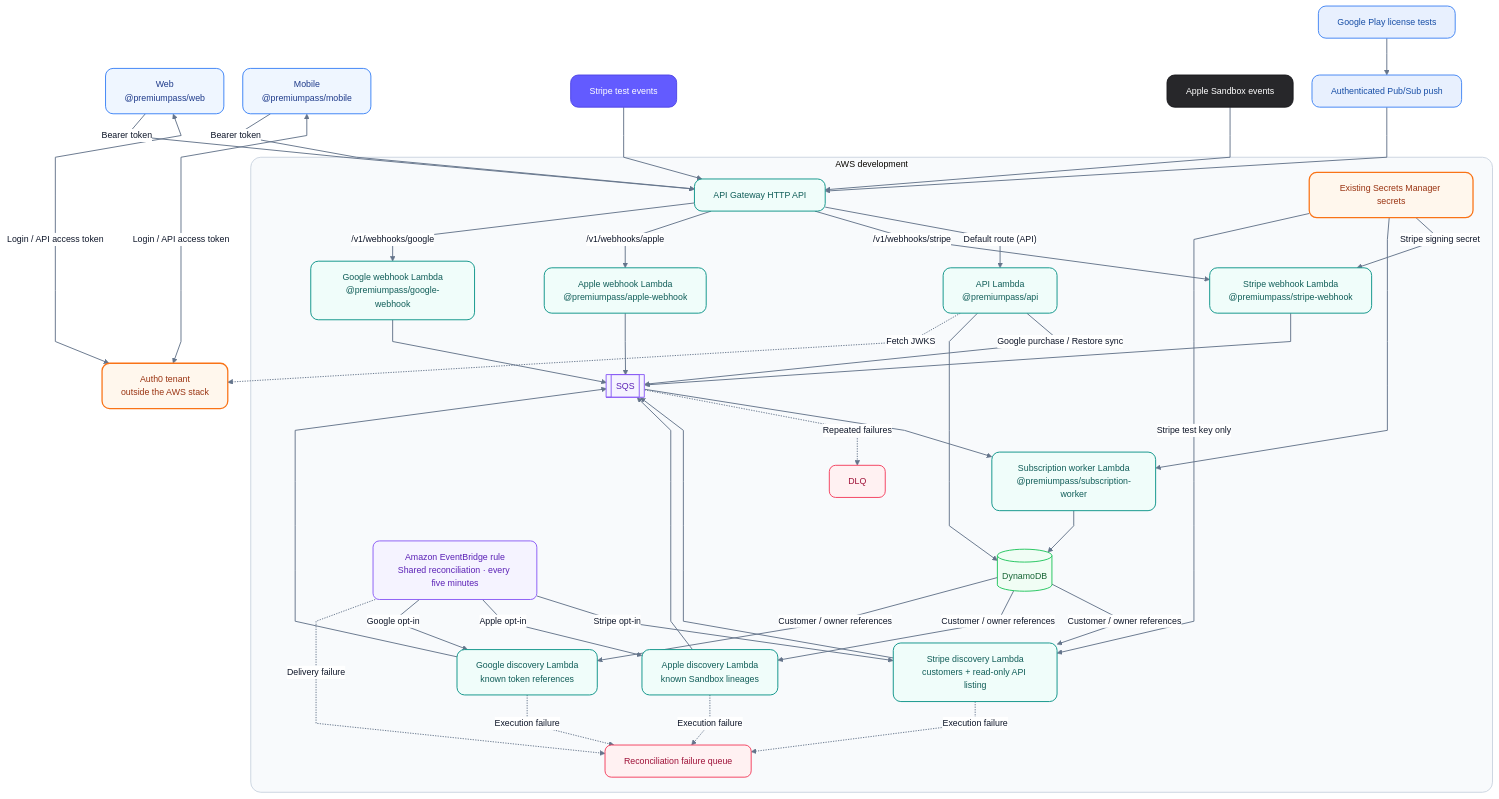
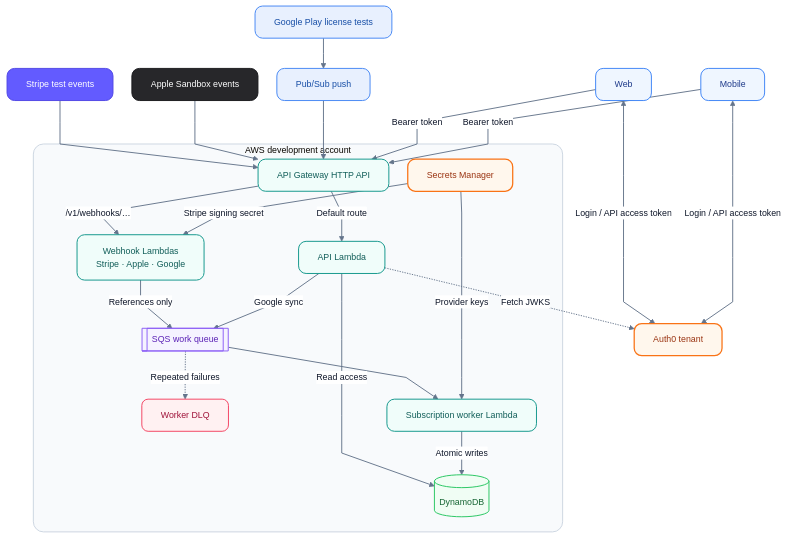
Before and after one commit to phillippbertram/subscription-consolidation-workshop: the third of 4 diagrams in docs/ARCHITECTURE.md, drawn with Mermaid. The commit also changed other lines of this file and 4 other files, not shown here.

````diff
--- a/docs/ARCHITECTURE.md
+++ b/docs/ARCHITECTURE.md
@@ -193,48 +199,32 @@
     rankSpacing: 48
 ---
 flowchart TB
-    Web["Web<br/>@premiumpass/web"] <-->|"Login / API access token"| Auth0["Auth0 tenant<br/>outside the AWS stack"]
-    Mobile["Mobile<br/>@premiumpass/mobile"] <-->|"Login / API access token"| Auth0
-    Web -->|"Bearer token"| Gateway
-    Mobile -->|"Bearer token"| Gateway
+    Web["Web"] <-->|"Login / API access token"| Auth0["Auth0 tenant"]
+    Mobile["Mobile"] <-->|"Login / API access token"| Auth0
     Stripe["Stripe test events"] --> Gateway
     Apple["Apple Sandbox events"] --> Gateway
-    Google["Google Play license tests"] --> PubSub["Authenticated Pub/Sub push"] --> Gateway
-    subgraph AWS["AWS development"]
+    Google["Google Play license tests"] --> PubSub["Pub/Sub push"] --> Gateway
+    Web & Mobile -->|"Bearer token"| Gateway
+    subgraph AWS["AWS development account"]
         Gateway["API Gateway HTTP API"]
-        API["API Lambda<br/>@premiumpass/api"]
-        StripeHook["Stripe webhook Lambda<br/>@premiumpass/stripe-webhook"]
-        AppleHook["Apple webhook Lambda<br/>@premiumpass/apple-webhook"]
-        GoogleHook["Google webhook Lambda<br/>@premiumpass/google-webhook"]
-        Queue[["SQS"]]
-        Worker["Subscription worker Lambda<br/>@premiumpass/subscription-worker"]
+        API["API Lambda"]
+        Hooks["Webhook Lambdas<br/>Stripe · Apple · Google"]
+        Queue[["SQS work queue"]]
+        DLQ["Worker DLQ"]
+        Worker["Subscription worker Lambda"]
         DB[("DynamoDB")]
-        DLQ["DLQ"]
-        Secrets["Existing Secrets Manager secrets"]
-        Gateway -->|"Default route (API)"| API
-        Gateway -->|"/v1/webhooks/stripe"| StripeHook
-        Gateway -->|"/v1/webhooks/apple"| AppleHook
-        Gateway -->|"/v1/webhooks/google"| GoogleHook
-        StripeHook --> Queue
-        AppleHook --> Queue
-        GoogleHook --> Queue
-        Queue --> Worker --> DB
-        API -->|"Google purchase / Restore sync"| Queue
-        API --> DB
-        Schedule["Amazon EventBridge rule<br/>Shared reconciliation · every five minutes"] -->|"Stripe opt-in"| StripeDiscovery["Stripe discovery Lambda<br/>customers + read-only API listing"]
-        Schedule -->|"Apple opt-in"| AppleDiscovery["Apple discovery Lambda<br/>known Sandbox lineages"]
-        Schedule -->|"Google opt-in"| GoogleDiscovery["Google discovery Lambda<br/>known token references"]
-        DB -->|"Customer / owner references"| StripeDiscovery & AppleDiscovery & GoogleDiscovery
-        StripeDiscovery & AppleDiscovery & GoogleDiscovery --> Queue
-        Schedule -.->|"Delivery failure"| ReconciliationDLQ["Reconciliation failure queue"]
-        StripeDiscovery & AppleDiscovery & GoogleDiscovery -.->|"Execution failure"| ReconciliationDLQ
+        Secrets["Secrets Manager"]
+        Gateway -->|"Default route"| API
+        Gateway -->|"/v1/webhooks/…"| Hooks
+        Hooks -->|"References only"| Queue
+        API -->|"Google sync"| Queue
+        API -->|"Read access"| DB
+        Queue --> Worker -->|"Atomic writes"| DB
         Queue -.->|"Repeated failures"| DLQ
-        Secrets -->|"Stripe signing secret"| StripeHook
-        Secrets --> Worker
-        Secrets -->|"Stripe test key only"| StripeDiscovery
+        Secrets -->|"Provider keys"| Worker
+        Secrets -->|"Stripe signing secret"| Hooks
     end
     API -.->|"Fetch JWKS"| Auth0
-    classDef default fill:#f8fafc,stroke:#94a3b8,color:#0f172a,stroke-width:1.5px,rx:10,ry:10
     classDef client fill:#eff6ff,stroke:#3b82f6,color:#1e3a8a,stroke-width:1.5px,rx:12,ry:12
     classDef identity fill:#fff7ed,stroke:#f97316,color:#9a3412,stroke-width:2px,rx:12,ry:12
     classDef service fill:#f0fdfa,stroke:#0d9488,color:#115e59,stroke-width:1.5px,rx:12,ry:12
@@ -246,17 +236,13 @@
     classDef google fill:#e8f0fe,stroke:#4285f4,color:#174ea6,stroke-width:1.5px,rx:12,ry:12
     linkStyle default stroke:#64748b,stroke-width:1.5px
     class Web,Mobile client
-    class Auth0 identity
-    class API,StripeHook,AppleHook,GoogleHook,Worker service
+    class Auth0,Secrets identity
+    class Gateway,API,Hooks,Worker service
     class Queue queue
     class DB data
+    class DLQ failure
     class Stripe stripe
     class Apple apple
     class Google,PubSub google
-    class Gateway service
-    class StripeDiscovery,AppleDiscovery,GoogleDiscovery service
-    class Schedule queue
-    class DLQ,ReconciliationDLQ failure
-    class Secrets identity
     style AWS fill:#f8fafc,stroke:#cbd5e1,stroke-width:1.5px,rx:16,ry:16
 ```
````
